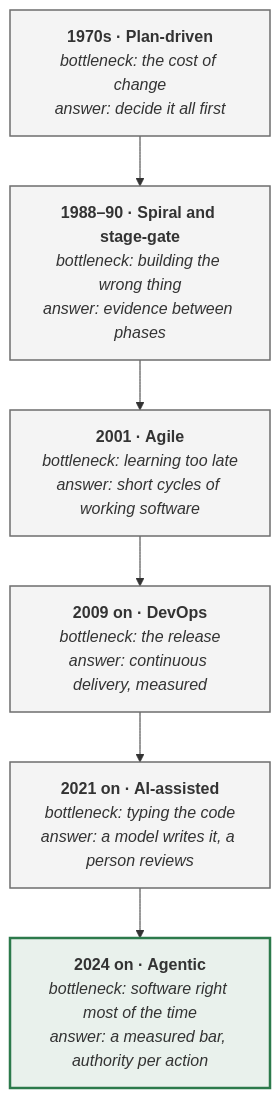
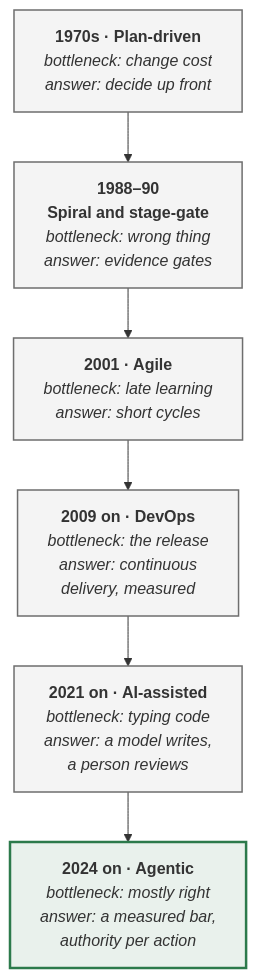
One commit to akash-coded/aws-bedrock-agentcore-strands changed the diagram in site/content/learn/lessons/evolution-of-the-pdlc.md. Above: the diagram before and after it, drawn with Mermaid. The commit also changed 82 other files, not shown here.

````diff
--- a/site/content/learn/lessons/evolution-of-the-pdlc.md
+++ b/site/content/learn/lessons/evolution-of-the-pdlc.md
@@ -18,15 +18,15 @@
 ```mermaid
 flowchart TB
-  W["<b>1970s · Plan-driven</b><br/><i>bottleneck: the cost of change<br/>answer: decide it all first</i>"]
-  S["<b>1988–90 · Spiral and stage-gate</b><br/><i>bottleneck: building the wrong thing<br/>answer: evidence between phases</i>"]
-  A["<b>2001 · Agile</b><br/><i>bottleneck: learning too late<br/>answer: short cycles of working software</i>"]
-  D["<b>2009 on · DevOps</b><br/><i>bottleneck: the release<br/>answer: continuous delivery, measured</i>"]
-  C["<b>2021 on · AI-assisted</b><br/><i>bottleneck: typing the code<br/>answer: a model writes it, a person reviews</i>"]
-  G["<b>2024 on · Agentic</b><br/><i>bottleneck: software right most of the time<br/>answer: a measured bar, authority per action</i>"]
+  W["<b>1970s · Plan-driven</b><br/><i>bottleneck: change cost<br/>answer: decide up front</i>"]
+  S["<b>1988–90</b><br/><b>Spiral and stage-gate</b><br/><i>bottleneck: wrong thing<br/>answer: evidence gates</i>"]
+  A["<b>2001 · Agile</b><br/><i>bottleneck: late learning<br/>answer: short cycles</i>"]
+  D["<b>2009 on · DevOps</b><br/><i>bottleneck: the release<br/>answer: continuous<br/>delivery, measured</i>"]
+  C["<b>2021 on · AI-assisted</b><br/><i>bottleneck: typing code<br/>answer: a model writes,<br/>a person reviews</i>"]
+  G["<b>2024 on · Agentic</b><br/><i>bottleneck: mostly right<br/>answer: a measured bar,<br/>authority per action</i>"]
   W --> S --> A --> D --> C --> G
 
   classDef past fill:#6E6E6E14,stroke:#6E6E6E,stroke-width:1.5px
   classDef now fill:#2C7A4B1A,stroke:#2C7A4B,stroke-width:2.5px
   class W,S,A,D,C past
   class G now
 ```
````
